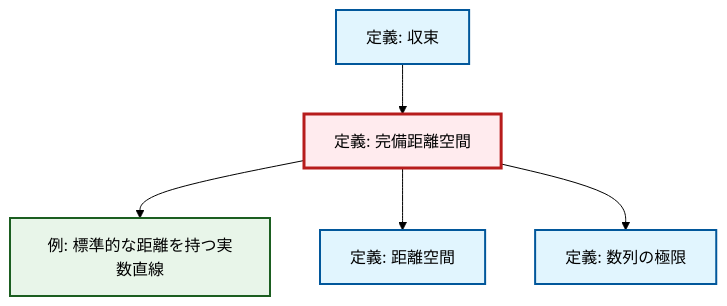
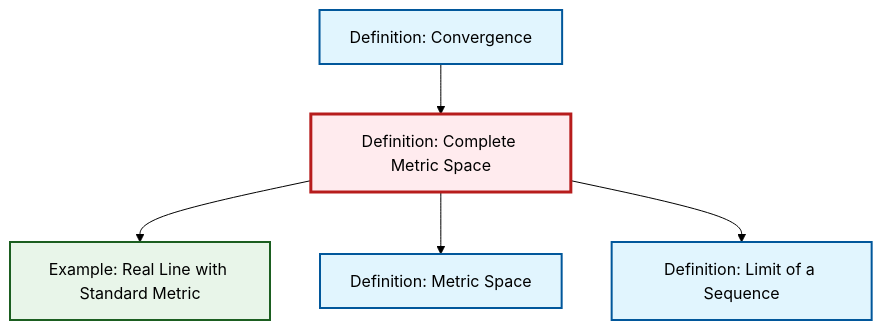
One commit to RK0429/ModernMath changed the diagram in content/ja/analysis/def-complete-metric-space.qmd. Above: the diagram before and after it, drawn with Mermaid (forest theme). The commit also changed 203 other files, not shown here.

````diff
--- a/content/ja/analysis/def-complete-metric-space.qmd
+++ b/content/ja/analysis/def-complete-metric-space.qmd
@@ -61,24 +61,19 @@
 ```{mermaid}
-%%| fig-cap: "ローカル依存関係グラフ"
+%%| fig-cap: "Local dependency graph"
 graph TD
     classDef definition fill:#e1f5fe,stroke:#01579b,stroke-width:2px
     classDef theorem fill:#f3e5f5,stroke:#4a148c,stroke-width:2px
     classDef axiom fill:#fff3e0,stroke:#e65100,stroke-width:2px
     classDef example fill:#e8f5e9,stroke:#1b5e20,stroke-width:2px
     classDef current fill:#ffebee,stroke:#b71c1c,stroke-width:3px
-    def-limit["定義: 数列の極限"]:::definition
-    ex-real-line-metric["例: 標準的な距離を持つ実数直線"]:::example
-    def-complete-metric-space["定義: 完備距離空間"]:::definition
-    def-metric-space["定義: 距離空間"]:::definition
-    def-convergence["定義: 収束"]:::definition
+    def-limit["Definition: Limit of a Sequence"]:::definition
+    ex-real-line-metric["Example: Real Line with Standard Metric"]:::example
+    def-complete-metric-space["Definition: Complete Metric Space"]:::definition
+    def-metric-space["Definition: Metric Space"]:::definition
+    def-convergence["Definition: Convergence"]:::definition
     def-convergence --> def-complete-metric-space
     def-complete-metric-space --> ex-real-line-metric
     def-complete-metric-space --> def-metric-space
     def-complete-metric-space --> def-limit
     class def-complete-metric-space current
-
-    click def-limit "def-limit.html" "Go to 定義: 数列の極限"
-    click ex-real-line-metric "ex-real-line-metric.html" "Go to 例: 標準的な距離を持つ実数直線"
-    click def-metric-space "def-metric-space.html" "Go to 定義: 距離空間"
-    click def-convergence "def-convergence.html" "Go to 定義: 収束"
 ```
````
